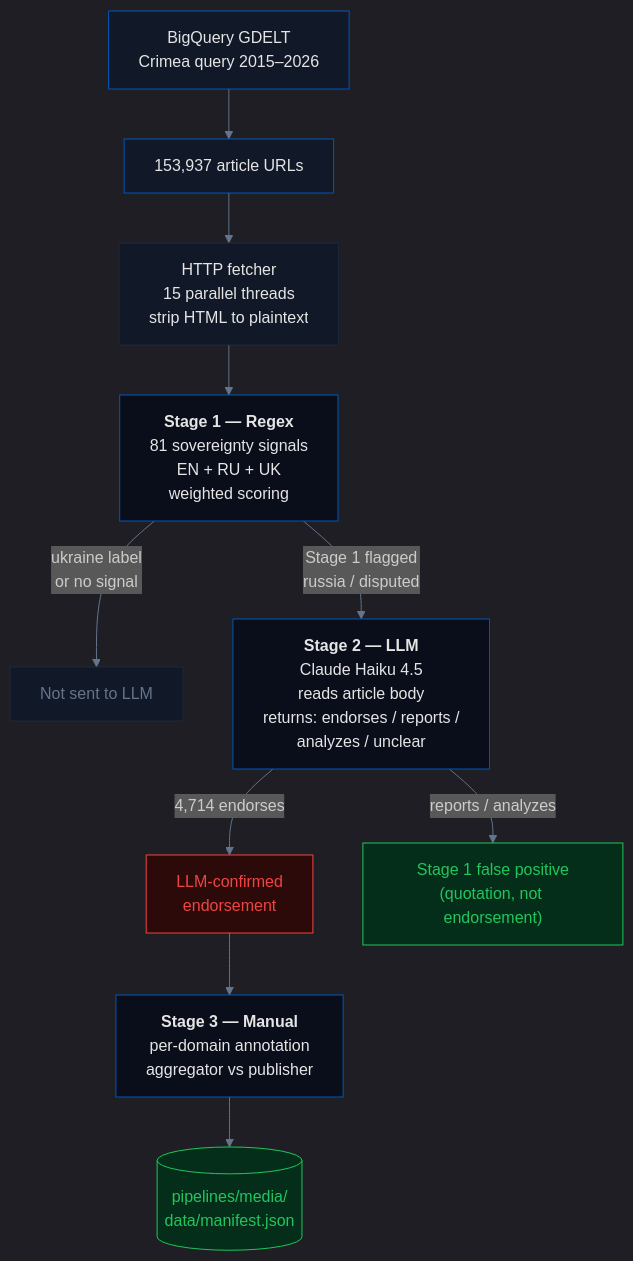
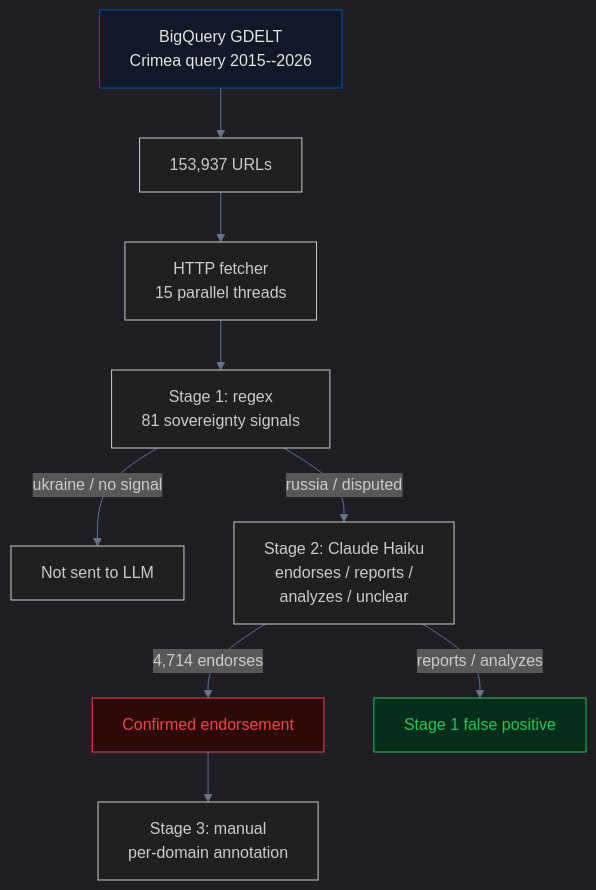
One commit to IvanDobrovolsky/crimeaisukraine changed the diagram in pipelines/media/README.md. Above: the diagram before and after it, drawn with Mermaid. The commit also changed other lines of this file and 53 other files, not shown here.

````diff
--- a/pipelines/media/README.md
+++ b/pipelines/media/README.md
@@ -87,24 +7,16 @@
 ```mermaid
 %%{init: {'theme': 'dark', 'themeVariables': {'primaryColor': '#0057b7', 'primaryTextColor': '#e5e5e5', 'lineColor': '#64748b', 'primaryBorderColor': '#1e293b'}}}%%
 flowchart TB
-    A["BigQuery GDELT<br/>Crimea query 2015–2026"] --> B["153,937 article URLs"]
-    B --> C["HTTP fetcher<br/>15 parallel threads<br/>strip HTML to plaintext"]
-    C --> D["<b>Stage 1 — Regex</b><br/>81 sovereignty signals<br/>EN + RU + UK<br/>weighted scoring"]
-    D -->|"ukraine label<br/>or no signal"| E1["Not sent to LLM"]
-    D -->|"Stage 1 flagged<br/>russia / disputed"| F["<b>Stage 2 — LLM</b><br/>Claude Haiku 4.5<br/>reads article body<br/>returns: endorses / reports /<br/>analyzes / unclear"]
-    F -->|"4,714 endorses"| G1["LLM-confirmed<br/>endorsement"]
-    F -->|"reports / analyzes"| G2["Stage 1 false positive<br/>(quotation, not endorsement)"]
-    G1 --> H["<b>Stage 3 — Manual</b><br/>per-domain annotation<br/>aggregator vs publisher"]
-    H --> I[("pipelines/media/<br/>data/manifest.json")]
+    A["BigQuery GDELT<br/>Crimea query 2015--2026"] --> B["153,937 URLs"]
+    B --> C["HTTP fetcher<br/>15 parallel threads"]
+    C --> D["Stage 1: regex<br/>81 sovereignty signals"]
+    D -->|"ukraine / no signal"| E1["Not sent to LLM"]
+    D -->|"russia / disputed"| F["Stage 2: Claude Haiku<br/>endorses / reports /<br/>analyzes / unclear"]
+    F -->|"4,714 endorses"| G1["Confirmed endorsement"]
+    F -->|"reports / analyzes"| G2["Stage 1 false positive"]
+    G1 --> H["Stage 3: manual<br/>per-domain annotation"]
 
     style A fill:#111827,stroke:#0057b7,color:#e5e5e5
-    style B fill:#111827,stroke:#0057b7,color:#e5e5e5
-    style C fill:#111827,stroke:#1e293b,color:#e5e5e5
-    style D fill:#0a0e1a,stroke:#0057b7,color:#e5e5e5
-    style E1 fill:#111827,stroke:#1e293b,color:#64748b
-    style F fill:#0a0e1a,stroke:#0057b7,color:#e5e5e5
     style G1 fill:#2d0a0a,stroke:#ef4444,color:#ef4444
     style G2 fill:#052e1a,stroke:#22c55e,color:#22c55e
-    style H fill:#0a0e1a,stroke:#0057b7,color:#e5e5e5
-    style I fill:#052e1a,stroke:#22c55e,color:#22c55e
 ```
````
